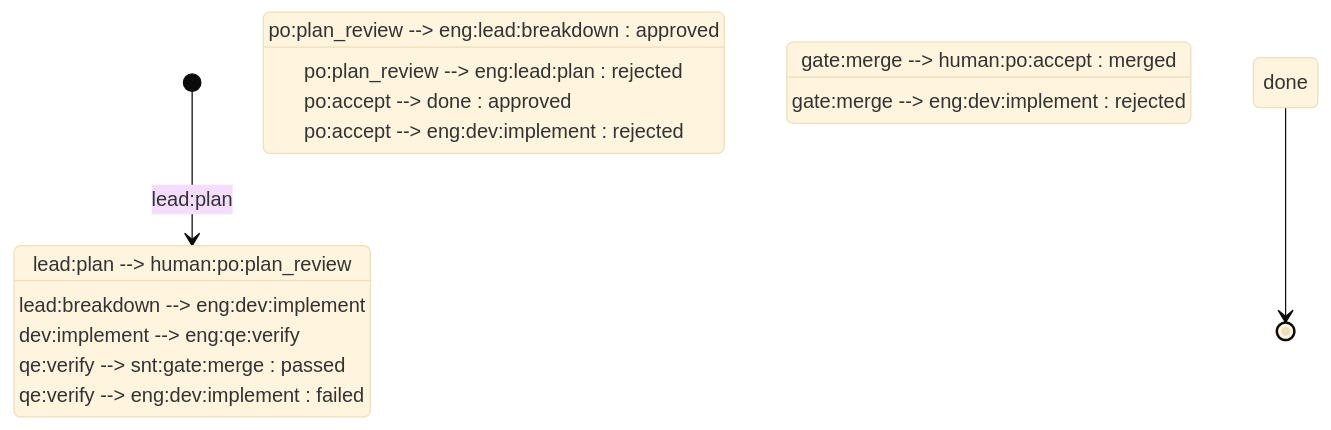
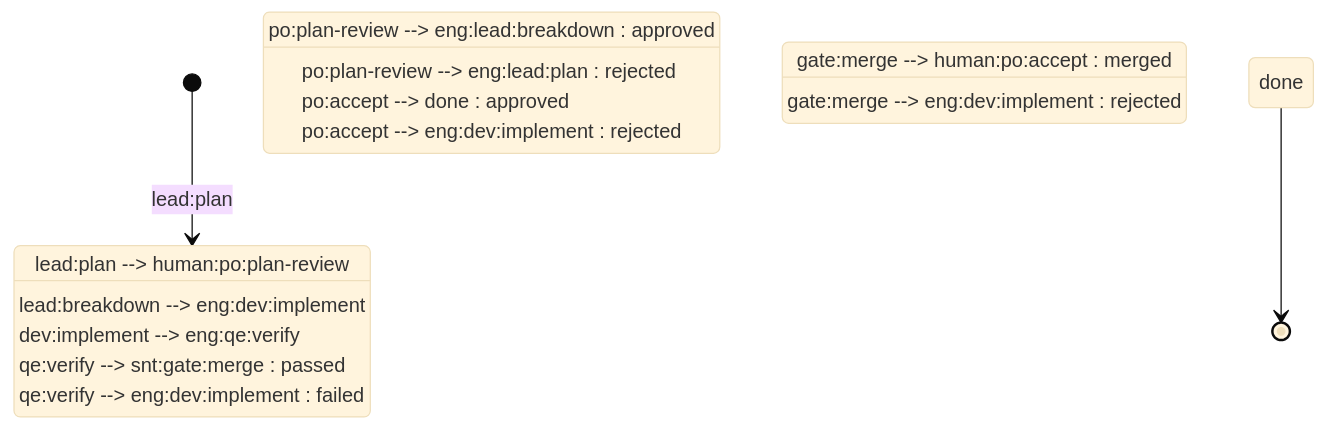
Before and after one commit to devguyio-bot-squad/botminter: the second of 3 diagrams in profiles/agentic-sdlc-planning/PROCESS.md, drawn with Mermaid (base theme). The commit also changed other lines of this file and 22 other files, not shown here.

````diff
--- a/profiles/agentic-sdlc-planning/PROCESS.md
+++ b/profiles/agentic-sdlc-planning/PROCESS.md
@@ -212,16 +212,16 @@
 ```mermaid
 stateDiagram-v2
     [*] --> eng:lead:plan
-    eng:lead:plan --> human:po:plan_review
-    human:po:plan_review --> eng:lead:breakdown : approved
-    human:po:plan_review --> eng:lead:plan : rejected
+    eng:lead:plan --> human:po:plan-review
+    human:po:plan-review --> eng:lead:breakdown : approved
+    human:po:plan-review --> eng:lead:plan : rejected
     eng:lead:breakdown --> eng:dev:implement
     eng:dev:implement --> eng:qe:verify
     eng:qe:verify --> snt:gate:merge : passed
     eng:qe:verify --> eng:dev:implement : failed
     snt:gate:merge --> human:po:accept : merged
     snt:gate:merge --> eng:dev:implement : rejected
     human:po:accept --> done : approved
     human:po:accept --> eng:dev:implement : rejected
     done --> [*]
 ```
````
